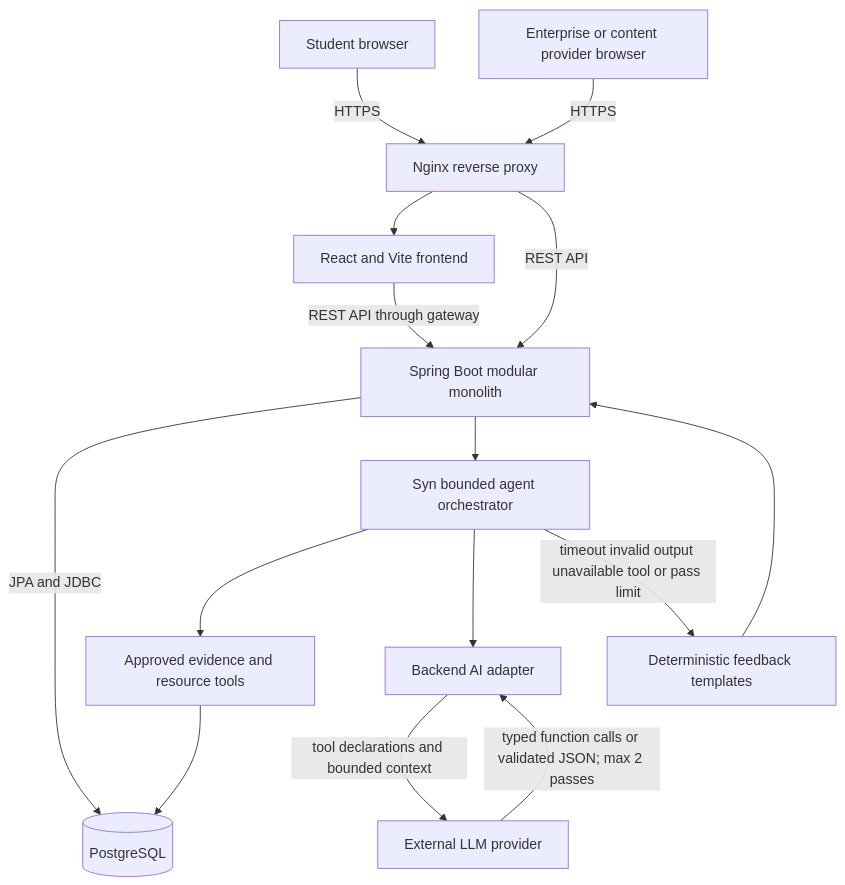
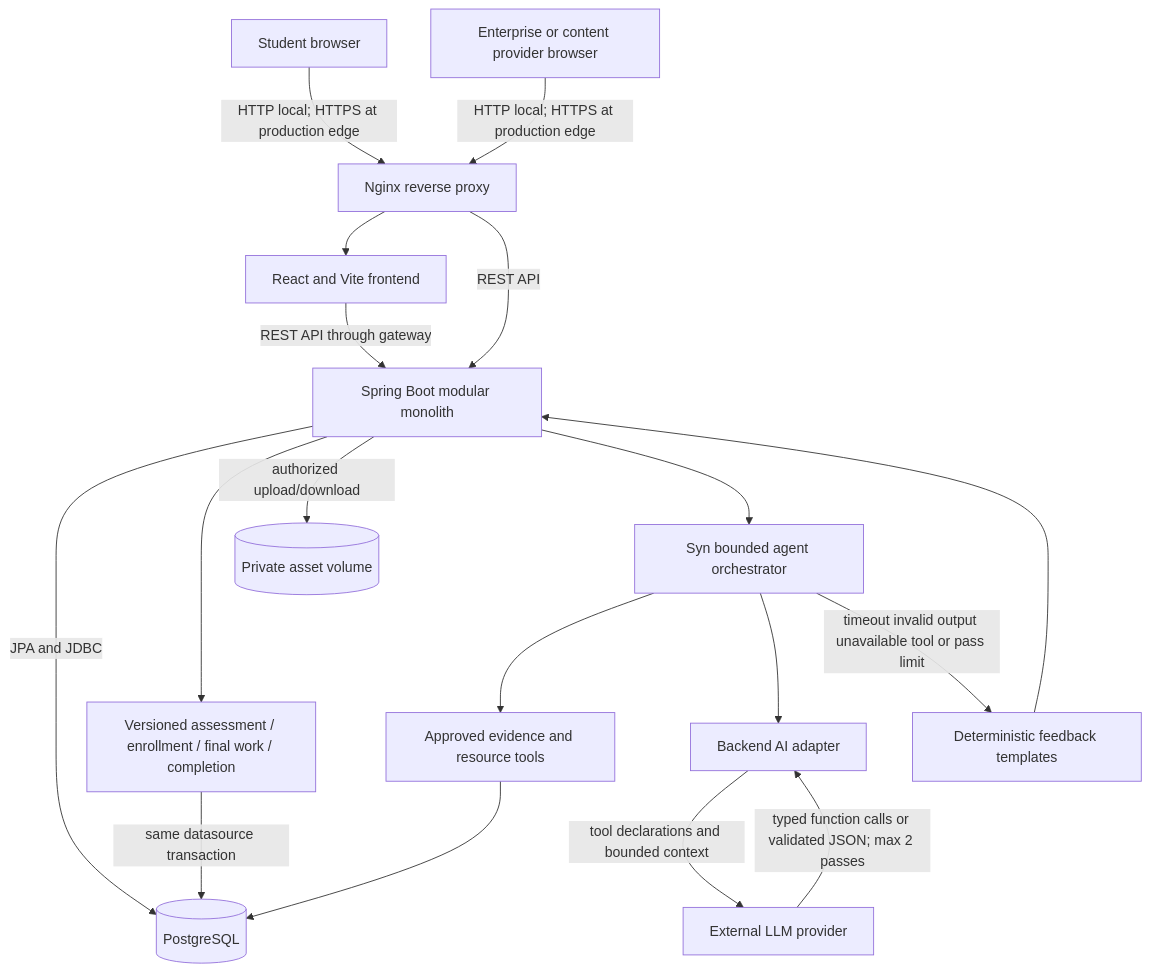
Before and after one commit to han-labs/career-simulation-platform: the diagram in docs/architecture/README.md, drawn with Mermaid. The commit also changed other lines of this file and 177 other files, not shown here.

````diff
--- a/docs/architecture/README.md
+++ b/docs/architecture/README.md
@@ -5,29 +5,34 @@
 ```mermaid
 flowchart TB
     Student["Student browser"]
     Enterprise["Enterprise or content provider browser"]
     Gateway["Nginx reverse proxy"]
     Frontend["React and Vite frontend"]
     Backend["Spring Boot modular monolith"]
     Agent["Syn bounded agent orchestrator"]
     Tools["Approved evidence and resource tools"]
     Database[("PostgreSQL")]
+    Core["Versioned assessment / enrollment / final work / completion"]
+    Assets[("Private asset volume")]
     AIAdapter["Backend AI adapter"]
     LLM["External LLM provider"]
     Fallback["Deterministic feedback templates"]
 
-    Student -->|HTTPS| Gateway
-    Enterprise -->|HTTPS| Gateway
+    Student -->|HTTP local; HTTPS at production edge| Gateway
+    Enterprise -->|HTTP local; HTTPS at production edge| Gateway
     Gateway --> Frontend
     Gateway -->|REST API| Backend
     Frontend -->|REST API through gateway| Backend
     Backend -->|JPA and JDBC| Database
+    Backend --> Core
+    Core -->|same datasource transaction| Database
+    Backend -->|authorized upload/download| Assets
     Backend --> Agent
     Agent --> Tools
     Tools --> Database
     Agent --> AIAdapter
     AIAdapter -->|tool declarations and bounded context| LLM
     LLM -->|typed function calls or validated JSON; max 2 passes| AIAdapter
     Agent -->|timeout invalid output unavailable tool or pass limit| Fallback
     Fallback --> Backend
 ```
````
